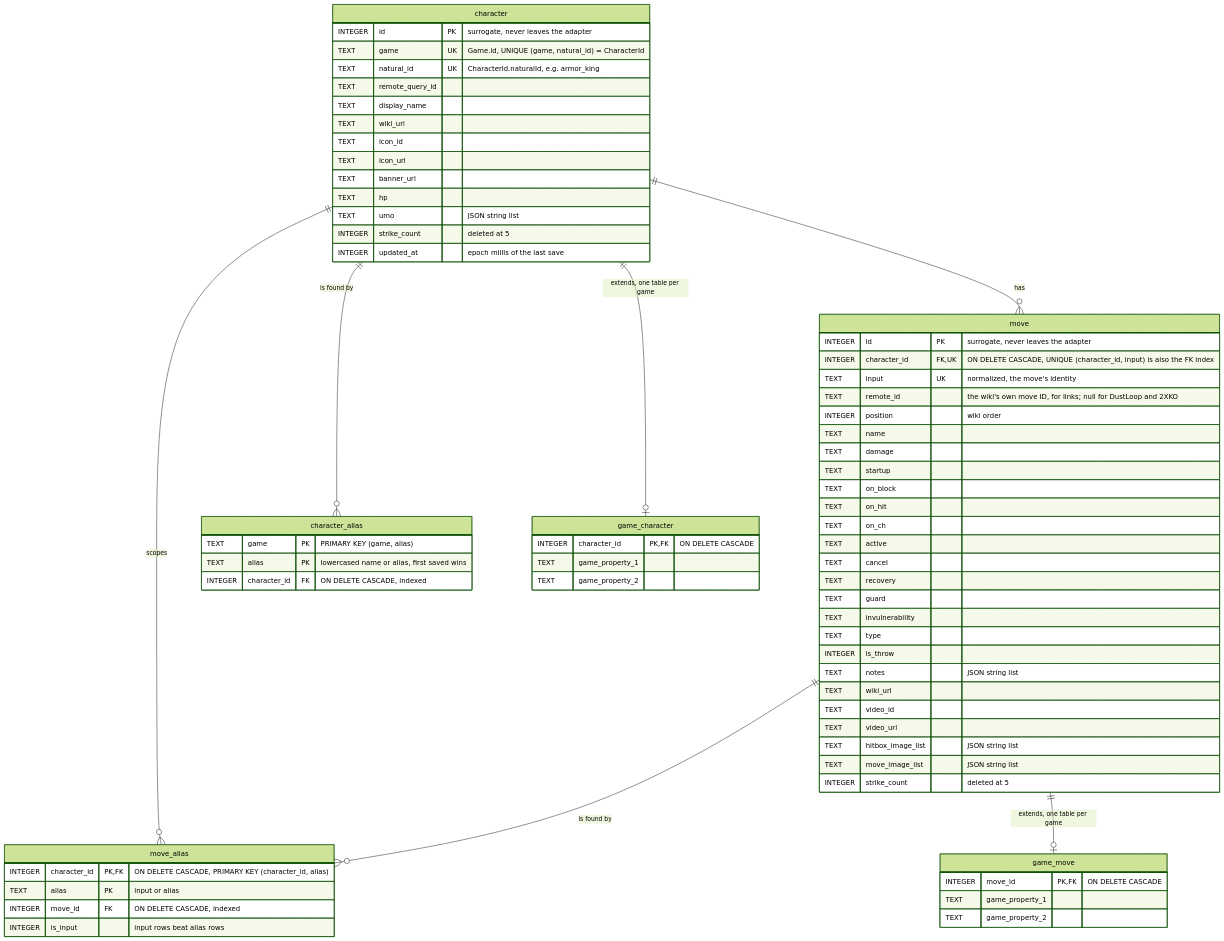
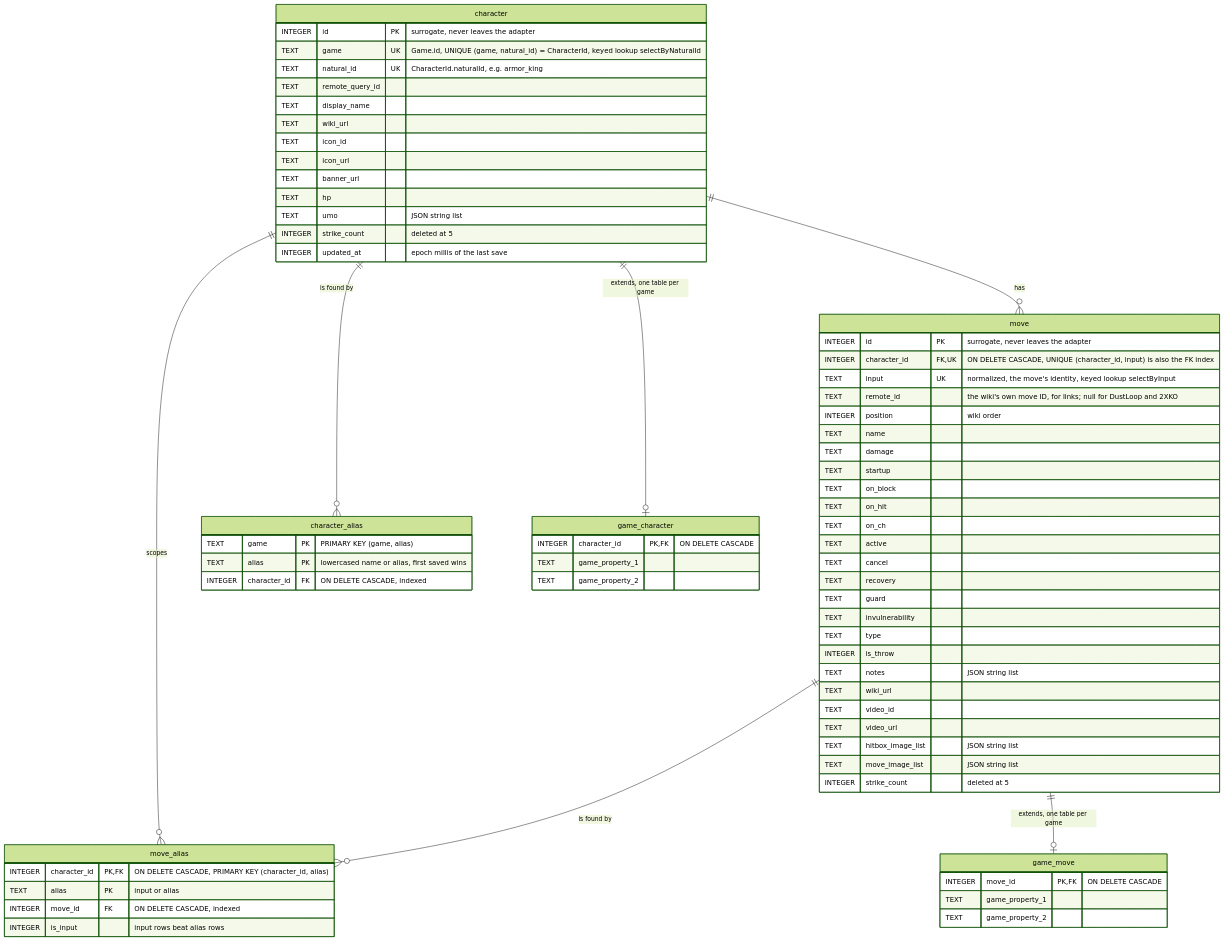
One commit to Sophon/FightingNerd changed the diagram in feat/wiki/src/commonMain/kotlin/io/github/sophon/wiki/docs/database.mmd. Above: the diagram before and after it, drawn with Mermaid (forest theme). The commit also changed 16 other files, not shown here.

Commit message:
feat (wiki): get character and get move flows

```diff
--- a/feat/wiki/src/commonMain/kotlin/io/github/sophon/wiki/docs/database.mmd
+++ b/feat/wiki/src/commonMain/kotlin/io/github/sophon/wiki/docs/database.mmd
@@ -1,71 +1,71 @@
 erDiagram
     character ||--o{ move : "has"
     character ||--o{ character_alias : "is found by"
     character ||--o{ move_alias : "scopes"
     move ||--o{ move_alias : "is found by"
     character ||--o| game_character : "extends, one table per game"
     move ||--o| game_move : "extends, one table per game"
 
     character {
         INTEGER id PK "surrogate, never leaves the adapter"
-        TEXT game UK "Game.id, UNIQUE (game, natural_id) = CharacterId"
+        TEXT game UK "Game.id, UNIQUE (game, natural_id) = CharacterId, keyed lookup selectByNaturalId"
         TEXT natural_id UK "CharacterId.naturalId, e.g. armor_king"
         TEXT remote_query_id
         TEXT display_name
         TEXT wiki_url
         TEXT icon_id
         TEXT icon_url
         TEXT banner_url
         TEXT hp
         TEXT umo "JSON string list"
         INTEGER strike_count "deleted at 5"
         INTEGER updated_at "epoch millis of the last save"
     }
     character_alias {
         TEXT game PK "PRIMARY KEY (game, alias)"
         TEXT alias PK "lowercased name or alias, first saved wins"
         INTEGER character_id FK "ON DELETE CASCADE, indexed"
     }
     move {
         INTEGER id PK "surrogate, never leaves the adapter"
         INTEGER character_id FK, UK "ON DELETE CASCADE, UNIQUE (character_id, input) is also the FK index"
-        TEXT input UK "normalized, the move's identity"
+        TEXT input UK "normalized, the move's identity, keyed lookup selectByInput"
         TEXT remote_id "the wiki's own move ID, for links; null for DustLoop and 2XKO"
         INTEGER position "wiki order"
         TEXT name
         TEXT damage
         TEXT startup
         TEXT on_block
         TEXT on_hit
         TEXT on_ch
         TEXT active
         TEXT cancel
         TEXT recovery
         TEXT guard
         TEXT invulnerability
         TEXT type
         INTEGER is_throw
         TEXT notes "JSON string list"
         TEXT wiki_url
         TEXT video_id
         TEXT video_url
         TEXT hitbox_image_list "JSON string list"
         TEXT move_image_list "JSON string list"
         INTEGER strike_count "deleted at 5"
     }
     move_alias {
         INTEGER character_id PK, FK "ON DELETE CASCADE, PRIMARY KEY (character_id, alias)"
         TEXT alias PK "input or alias"
         INTEGER move_id FK "ON DELETE CASCADE, indexed"
         INTEGER is_input "input rows beat alias rows"
     }
     game_character {
         INTEGER character_id PK, FK "ON DELETE CASCADE"
         TEXT game_property_1
         TEXT game_property_2
     }
     game_move {
         INTEGER move_id PK, FK "ON DELETE CASCADE"
         TEXT game_property_1
         TEXT game_property_2
     }
```
